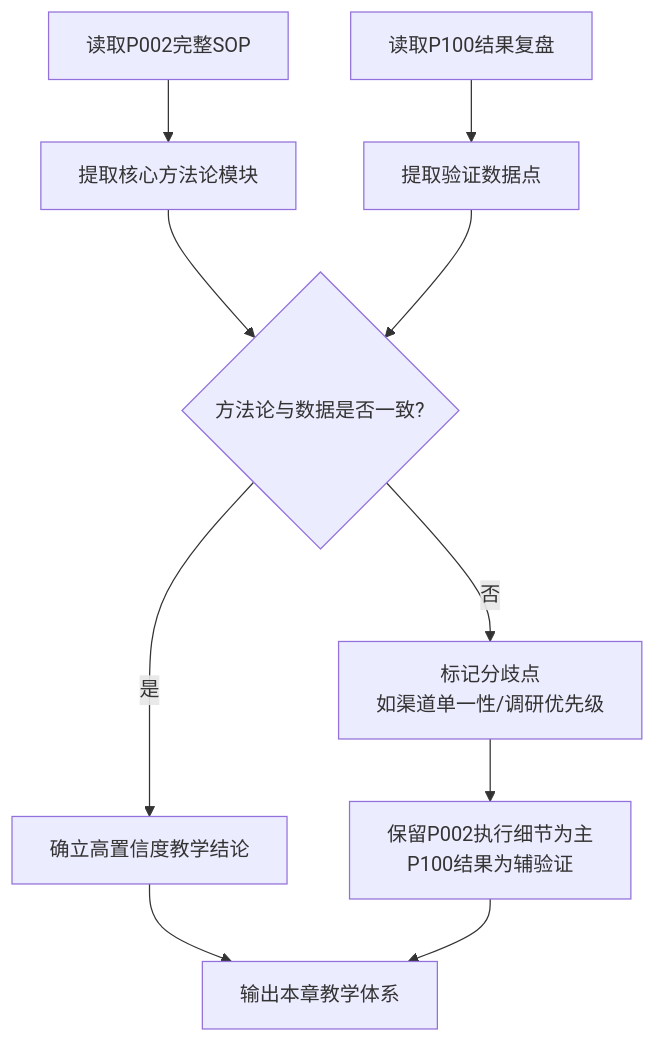
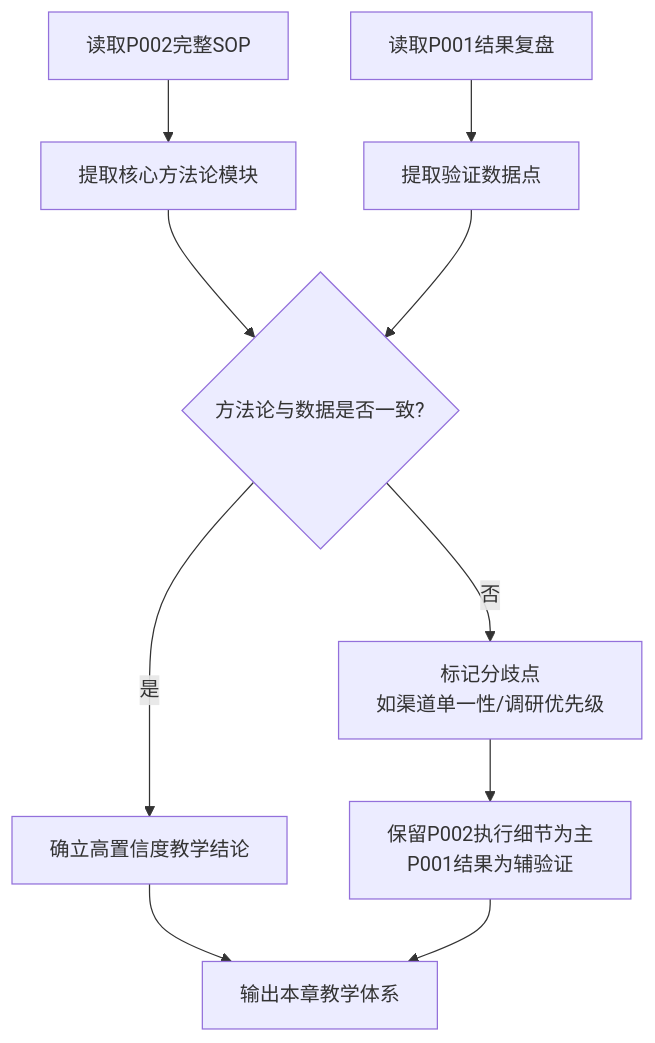
The eighth of 10 diagrams in docs/202305_paper2textbook/chapter_066.md (OpenDocCN1/flygon-zhuanqian-zhoubao), drawn with Mermaid before and after one commit. The commit also changed other lines of this file and 1 other file, not shown here.

````diff
--- a/docs/202305_paper2textbook/chapter_066.md
+++ b/docs/202305_paper2textbook/chapter_066.md
@@ -523,12 +523,12 @@
 ```mermaid
 flowchart TD
     A[读取P002完整SOP] --> B[提取核心方法论模块]
-    C[读取P100结果复盘] --> D[提取验证数据点]
+    C[读取P001结果复盘] --> D[提取验证数据点]
     B --> E{方法论与数据是否一致?}
     D --> E
     E -- 是 --> F[确立高置信度教学结论]
     E -- 否 --> G[标记分歧点\n如渠道单一性/调研优先级]
-    G --> H[保留P002执行细节为主\nP100结果为辅验证]
+    G --> H[保留P002执行细节为主\nP001结果为辅验证]
     F --> I[输出本章教学体系]
     H --> I
 ```
````
